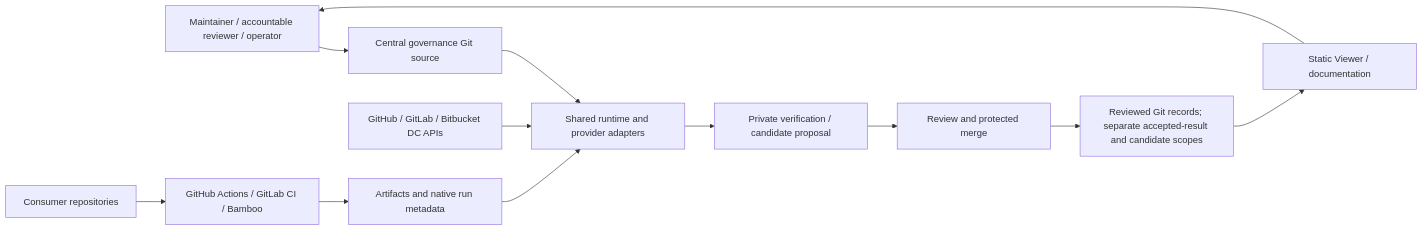
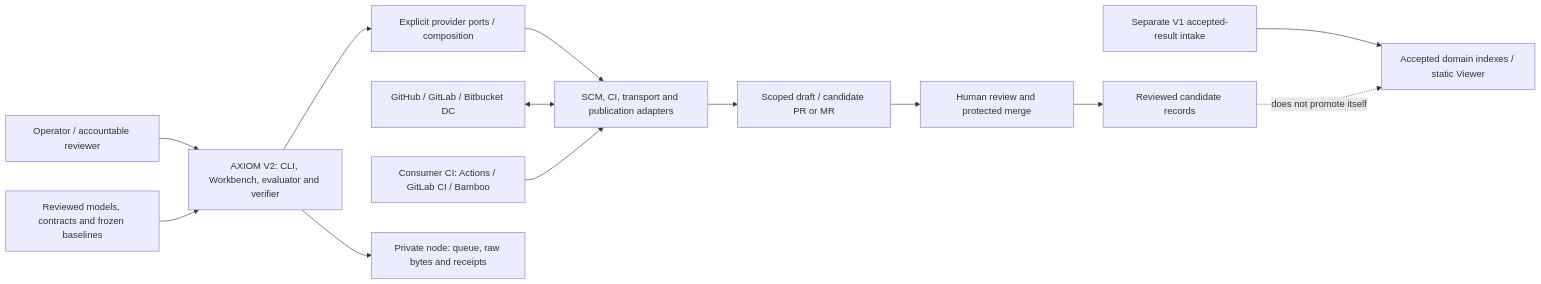
The first of 4 diagrams in docs/governance/architecture/governance-as-code-system-architecture.md (joku-dev/devsecops-governance-framework), drawn with Mermaid before and after one commit. The commit also changed other lines of this file and 7 other files, not shown here.

Commit message:
docs: establish AXIOM V2 as the product architecture foundation

````diff
--- a/docs/governance/architecture/governance-as-code-system-architecture.md
+++ b/docs/governance/architecture/governance-as-code-system-architecture.md
@@ -132,14 +162,15 @@
 ```mermaid
 flowchart LR
-    People["Maintainer / accountable reviewer / operator"] --> Source["Central governance Git source"]
-    Source --> Runtime["Shared runtime and provider adapters"]
-    Consumers["Consumer repositories"] --> CI["GitHub Actions / GitLab CI / Bamboo"]
-    CI --> Evidence["Artifacts and native run metadata"]
-    SCM["GitHub / GitLab / Bitbucket DC APIs"] --> Runtime
-    Evidence --> Runtime
-    Runtime --> Candidate["Private verification / candidate proposal"]
-    Candidate --> Review["Review and protected merge"]
-    Review --> Accepted["Reviewed Git records; separate accepted-result and candidate scopes"]
-    Accepted --> Public["Static Viewer / documentation"]
-    Public --> People
+    People["Operator / accountable reviewer"] --> V2["AXIOM V2: CLI, Workbench, evaluator and verifier"]
+    Source["Reviewed models, contracts and frozen baselines"] --> V2
+    V2 --> Ports["Explicit provider ports / composition"]
+    Ports --> Adapters["SCM, CI, transport and publication adapters"]
+    SCM["GitHub / GitLab / Bitbucket DC"] <--> Adapters
+    CI["Consumer CI: Actions / GitLab CI / Bamboo"] --> Adapters
+    V2 --> State["Private node: queue, raw bytes and receipts"]
+    Adapters --> Proposal["Scoped draft / candidate PR or MR"]
+    Proposal --> Review["Human review and protected merge"]
+    Review --> Candidate["Reviewed candidate records"]
+    Legacy["Separate V1 accepted-result intake"] --> Accepted["Accepted domain indexes / static Viewer"]
+    Candidate -. "does not promote itself" .-> Accepted
 ```
````
